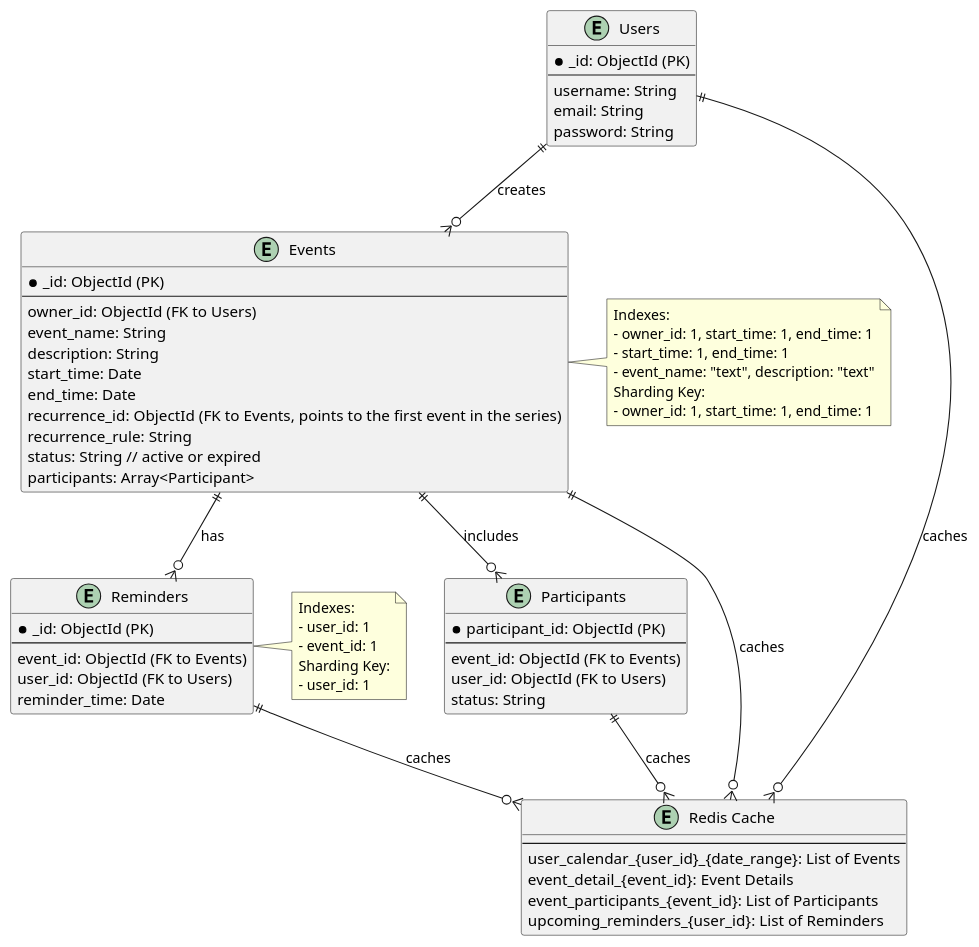
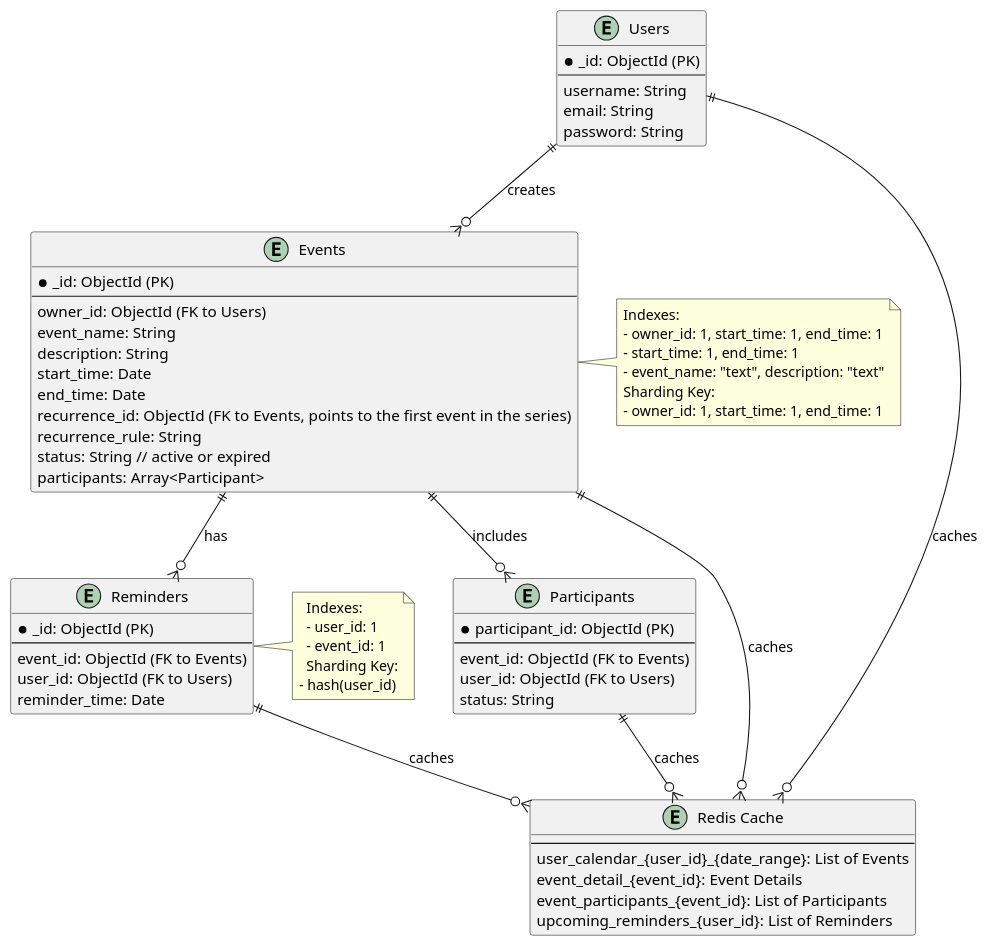
Before and after one commit to huangyingw/system_design: the diagram in high_traffic_calendar/high_traffic_calendar_mongodb_design.puml, drawn with PlantUML.

```diff
--- a/high_traffic_calendar/high_traffic_calendar_mongodb_design.puml
+++ b/high_traffic_calendar/high_traffic_calendar_mongodb_design.puml
@@ -1,74 +1,74 @@
 @startuml
 
 entity "Users" as U {
   *_id: ObjectId (PK)
   --
   username: String
   email: String
   password: String
 }
 
 entity "Events" as E {
   *_id: ObjectId (PK)
   --
   owner_id: ObjectId (FK to Users)
   event_name: String
   description: String
   start_time: Date
   end_time: Date
   recurrence_id: ObjectId (FK to Events, points to the first event in the series)
   recurrence_rule: String
   status: String // active or expired
   participants: Array<Participant>
 }
 
 entity "Participants" as P {
   *participant_id: ObjectId (PK)
   --
   event_id: ObjectId (FK to Events)
   user_id: ObjectId (FK to Users)
   status: String
 }
 
 entity "Reminders" as R {
   *_id: ObjectId (PK)
   --
   event_id: ObjectId (FK to Events)
   user_id: ObjectId (FK to Users)
   reminder_time: Date
 }
 
 entity "Redis Cache" as C {
   --
   user_calendar_{user_id}_{date_range}: List of Events
   event_detail_{event_id}: Event Details
   event_participants_{event_id}: List of Participants
   upcoming_reminders_{user_id}: List of Reminders
 }
 
 note right of E
   Indexes:
   - owner_id: 1, start_time: 1, end_time: 1
   - start_time: 1, end_time: 1
   - event_name: "text", description: "text"
   Sharding Key:
   - owner_id: 1, start_time: 1, end_time: 1
 end note
 
 note right of R
     Indexes:
     - user_id: 1
     - event_id: 1
     Sharding Key:
-    - user_id: 1
+  - hash(user_id)
   end note
 
 U ||--o{ E : creates
 E ||--o{ P : includes
 E ||--o{ R : has
 U ||--o{ C : caches
 E ||--o{ C : caches
 P ||--o{ C : caches
 R ||--o{ C : caches
 
 @enduml
```
